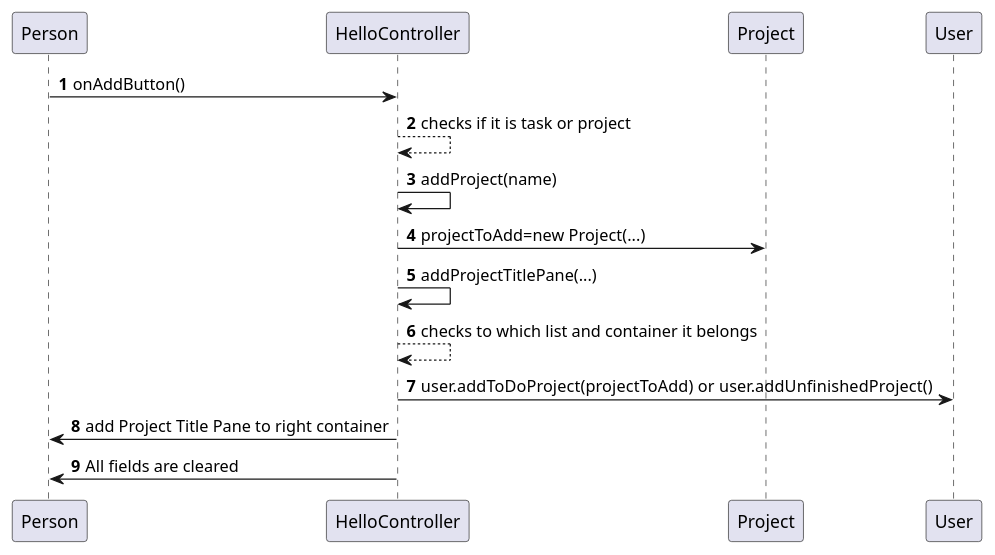
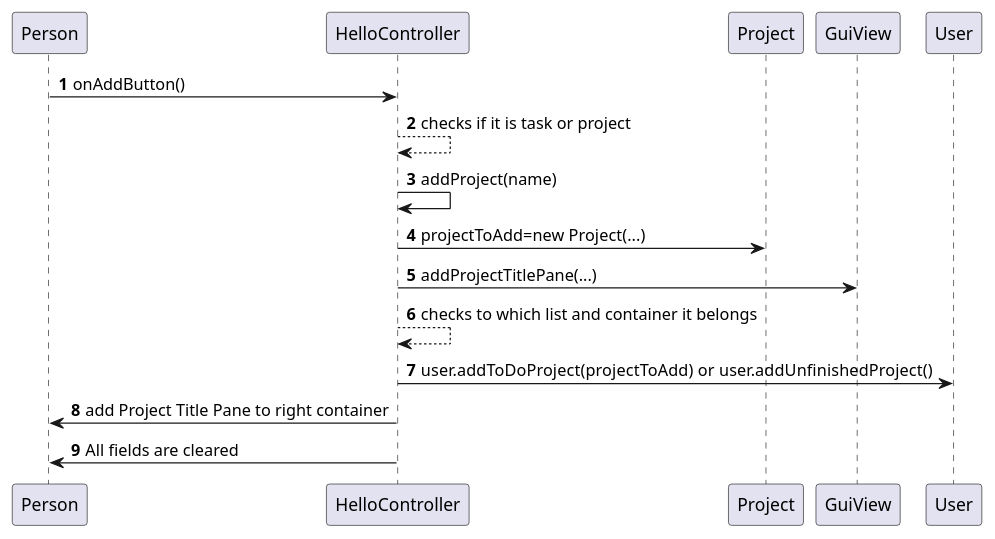
One commit to SoliGabiAnn/Task-manager changed the diagram in Aplikacja_Do_Zarzadzania/src/main/AddingProject.puml. Above: the diagram before and after it, drawn with PlantUML. The commit also changed 2 other files, not shown here.

```diff
--- a/Aplikacja_Do_Zarzadzania/src/main/AddingProject.puml
+++ b/Aplikacja_Do_Zarzadzania/src/main/AddingProject.puml
@@ -1,15 +1,15 @@
 @startuml
 'https://plantuml.com/sequence-diagram
 
 autonumber
 
 Person -> HelloController: onAddButton()
 HelloController --> HelloController: checks if it is task or project
 HelloController -> HelloController: addProject(name)
 Project <- HelloController : projectToAdd=new Project(...)
-HelloController -> HelloController: addProjectTitlePane(...)
+HelloController -> GuiView: addProjectTitlePane(...)
 HelloController --> HelloController: checks to which list and container it belongs
 HelloController -> User: user.addToDoProject(projectToAdd) or user.addUnfinishedProject()
 HelloController -> Person: add Project Title Pane to right container
 HelloController -> Person : All fields are cleared
 @enduml
```
